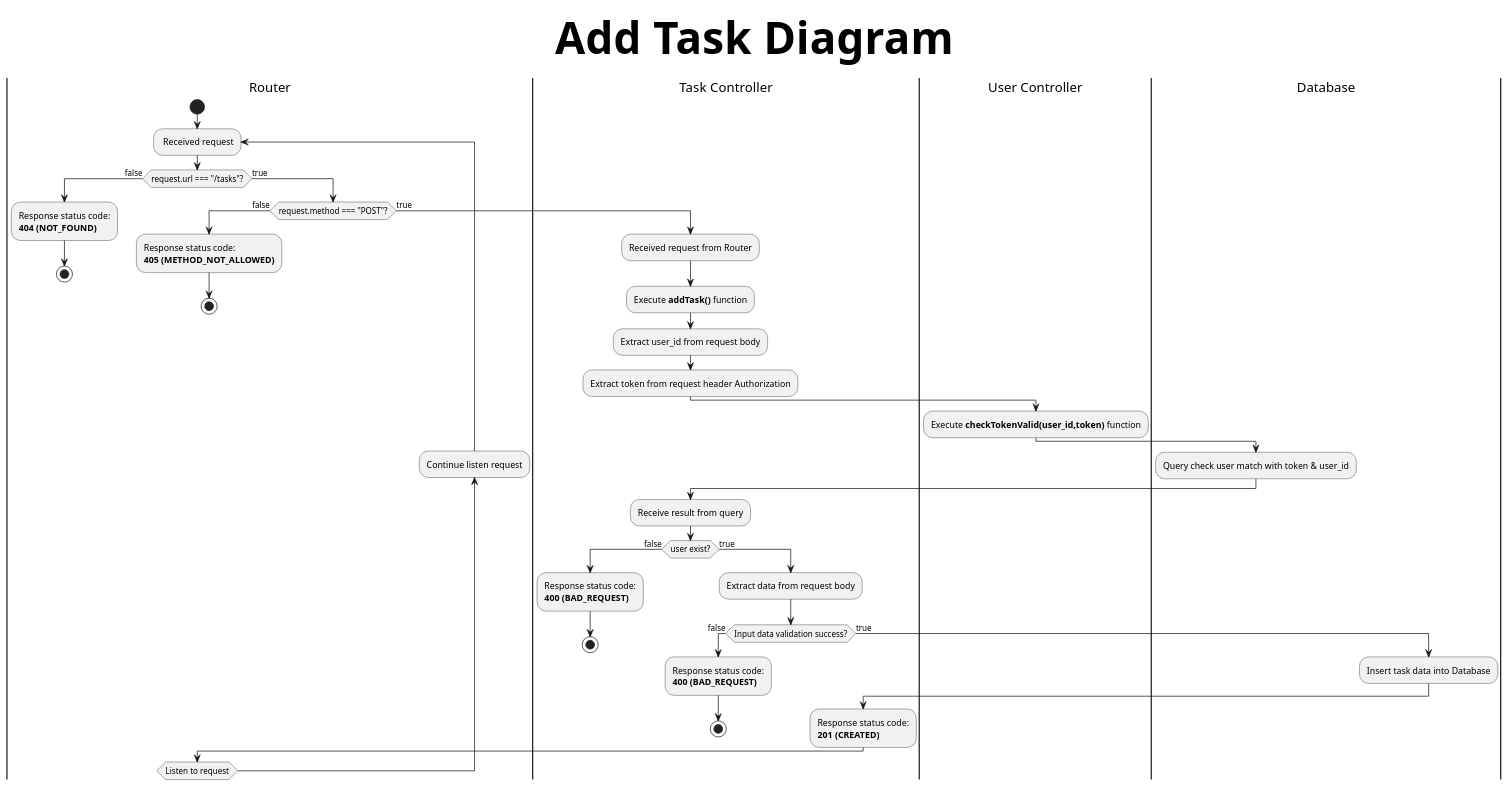
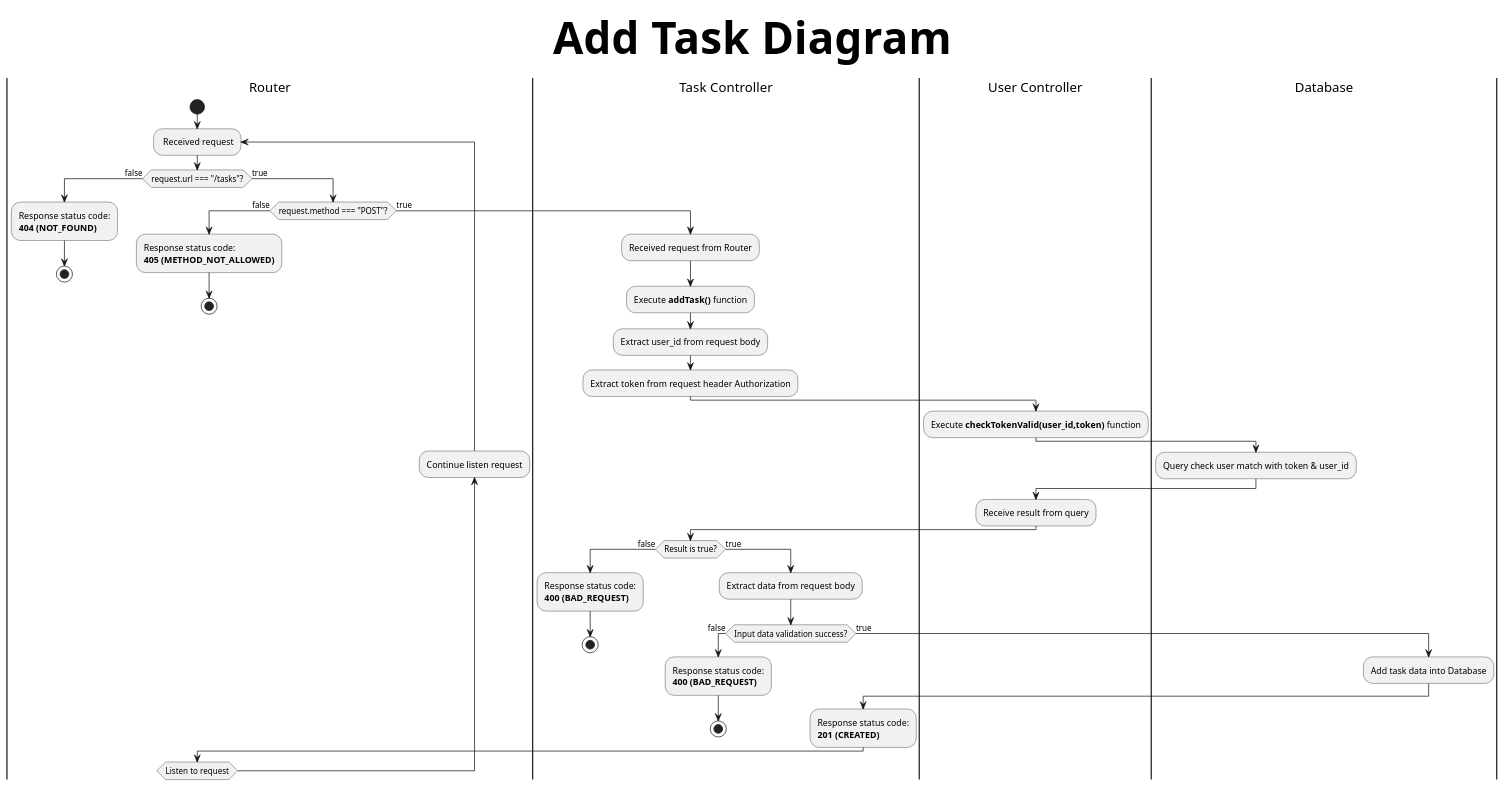
Before and after one commit to DoanLe2k1/TodoApp-API: the diagram in diagrams/taskDiagrams/addTaskDiagram.pu, drawn with PlantUML. The commit also changed 2 other files, not shown here.

Commit message:
Update: fix deleteTask & addTaskl

```diff
--- a/diagrams/taskDiagrams/addTaskDiagram.pu
+++ b/diagrams/taskDiagrams/addTaskDiagram.pu
@@ -1,55 +1,56 @@
 @startuml 
 title Add Task Diagram
 skinparam titleFontSize 60
 |Router|
 start
 repeat: Received request
 if (request.url === "/tasks"?) then (false)
     :Response status code:
     **404 (NOT_FOUND)**;
     stop
 
 else (true)
     if (request.method === "POST"?) then (false)
         :Response status code:
         **405 (METHOD_NOT_ALLOWED)**;
         stop
 
     else (true)
         |Task Controller|
         :Received request from Router;
         :Execute **addTask()** function;
         :Extract user_id from request body;
         :Extract token from request header Authorization;
         |User Controller|
         :Execute **checkTokenValid(user_id,token)** function;
         |Database|
         :Query check user match with token & user_id;
+        |User Controller|
+        :Receive result from query;
         |Task Controller|
-        :Receive result from query;
-        if (user exist?) then (false)
+        if (Result is true?) then (false)
             :Response status code:
             **400 (BAD_REQUEST)**;
             'Validation failed
             stop
         else (true)
             :Extract data from request body;
             if (Input data validation success?) then (false)
                 :Response status code:
                 **400 (BAD_REQUEST)**;
                 'Validation failed
                 stop
             else (true)
                 |Database|
-                :Insert task data into Database;
+                :Add task data into Database;
                 |Task Controller|
                 :Response status code:
                 **201 (CREATED)**;
             endif
         endif
     endif
 endif
 |Router|
 backward:Continue listen request;
 repeat while (Listen to request)    
 @enduml
```
